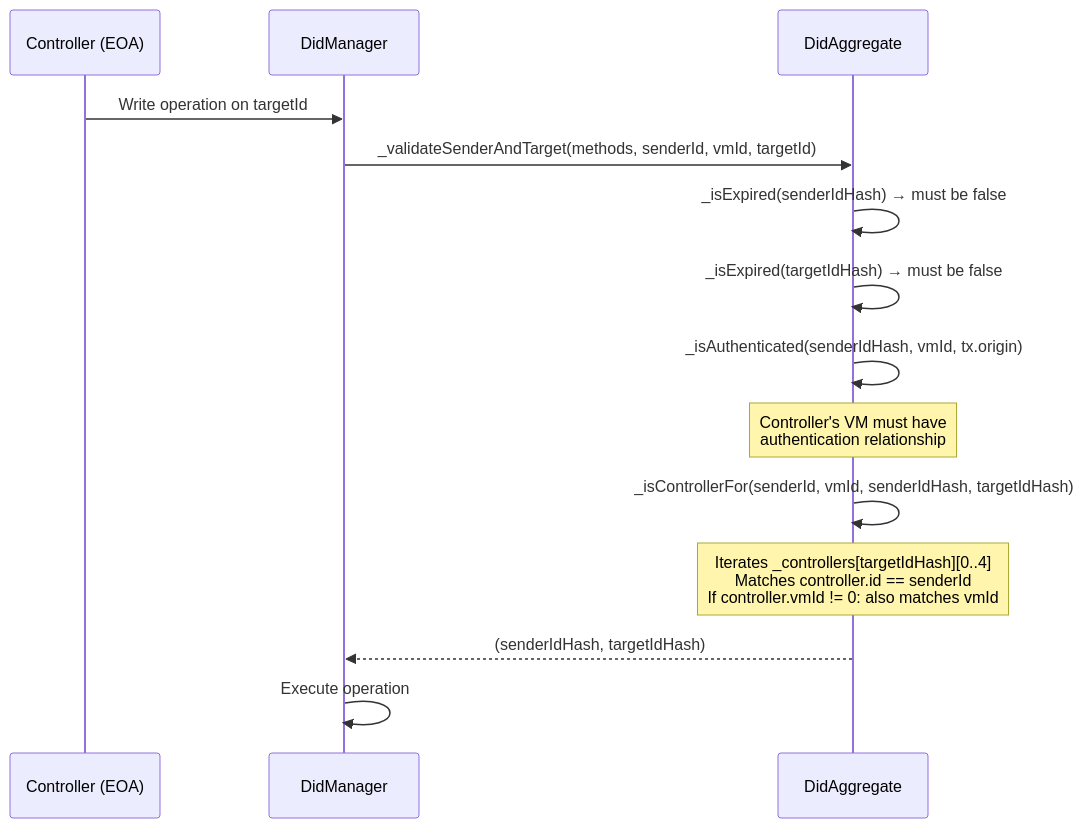
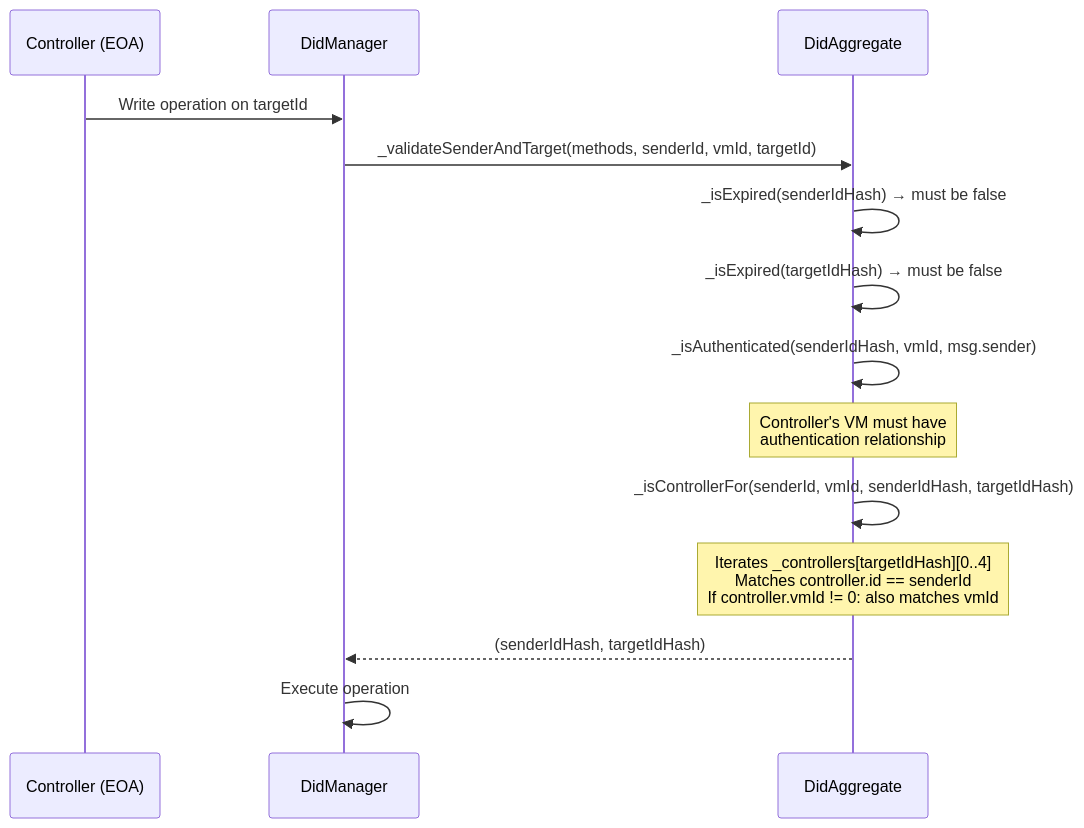
The second of 7 diagrams in docs/analysis/did-lifecycle-flows.md (MiguelLZPF/SSIoBC-did), drawn with Mermaid before and after one commit. The commit also changed other lines of this file and 25 other files, not shown here.

First line of the commit message:
feat!: msg.sender auth, ERC-1271 signers, conformant DID strings

````diff
--- a/docs/analysis/did-lifecycle-flows.md
+++ b/docs/analysis/did-lifecycle-flows.md
@@ -85,17 +87,17 @@
 ```mermaid
 sequenceDiagram
     participant Controller as Controller (EOA)
     participant DM as DidManager
     participant DA as DidAggregate
 
     Controller->>DM: Write operation on targetId
     DM->>DA: _validateSenderAndTarget(methods, senderId, vmId, targetId)
     DA->>DA: _isExpired(senderIdHash) → must be false
     DA->>DA: _isExpired(targetIdHash) → must be false
-    DA->>DA: _isAuthenticated(senderIdHash, vmId, tx.origin)
+    DA->>DA: _isAuthenticated(senderIdHash, vmId, msg.sender)
     Note over DA: Controller's VM must have<br/>authentication relationship
     DA->>DA: _isControllerFor(senderId, vmId, senderIdHash, targetIdHash)
     Note over DA: Iterates _controllers[targetIdHash][0..4]<br/>Matches controller.id == senderId<br/>If controller.vmId != 0: also matches vmId
     DA-->>DM: (senderIdHash, targetIdHash)
     DM->>DM: Execute operation
 ```
````
